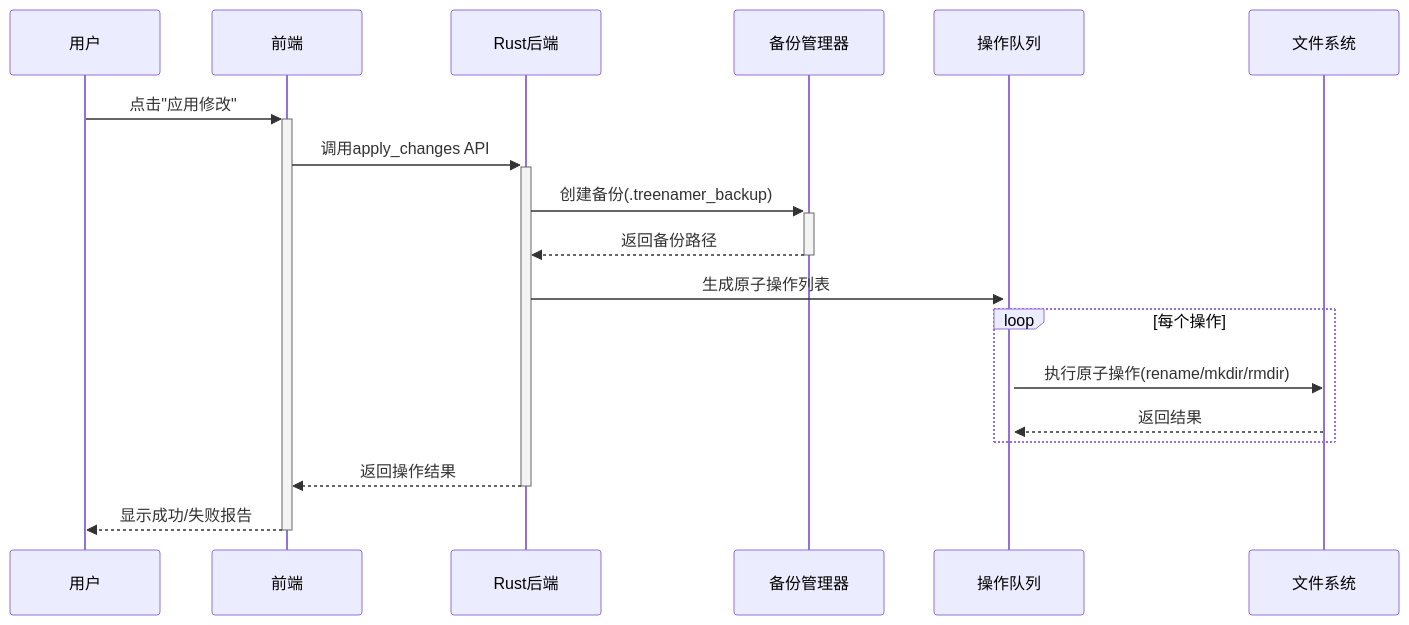
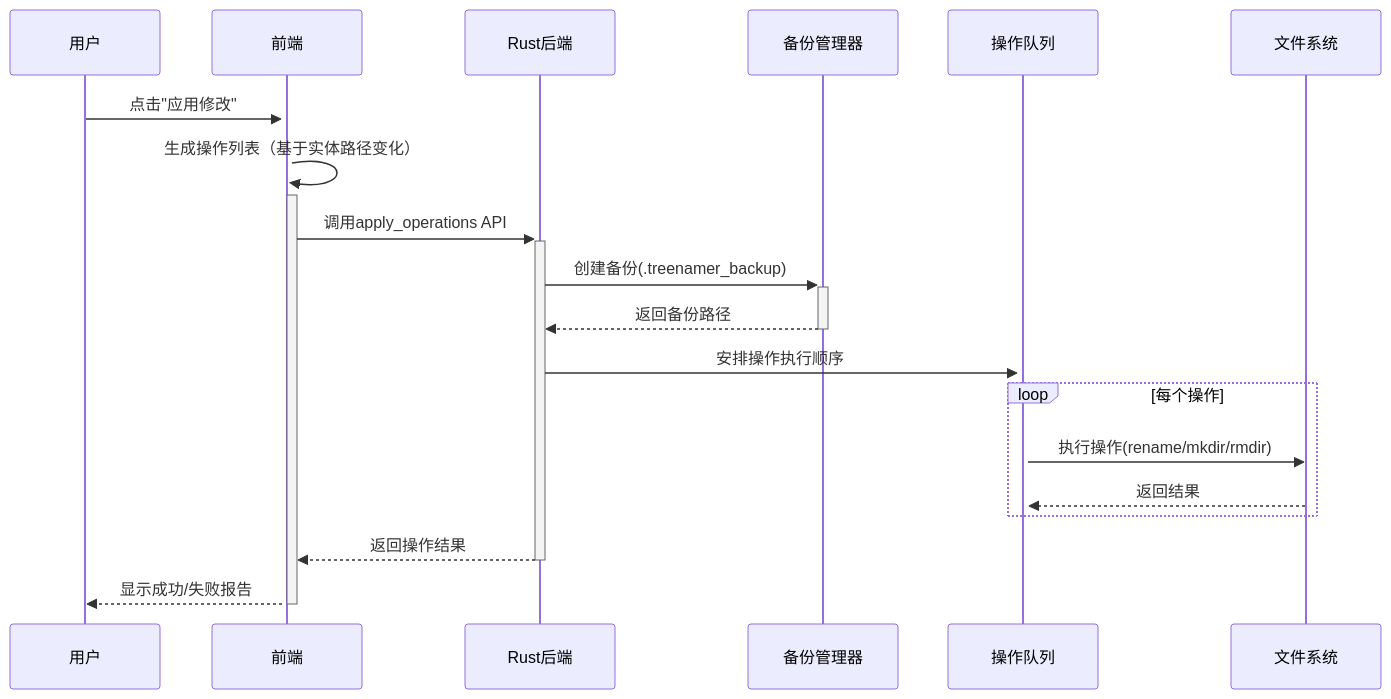
Before and after one commit to chess99/TreeNamer: the first of 3 diagrams in docs/Technical Solution Design.md, drawn with Mermaid. The commit also changed other lines of this file and 2 other files, not shown here.

Commit message:
update design docs, track rename by filesystem entity

````diff
--- a/docs/Technical Solution Design.md
+++ b/docs/Technical Solution Design.md
@@ -186,14 +225,15 @@
 ```mermaid
 sequenceDiagram
   用户->>+前端: 点击"应用修改"
-  前端->>+Rust后端: 调用apply_changes API
+  前端->>+前端: 生成操作列表（基于实体路径变化）
+  前端->>+Rust后端: 调用apply_operations API
   Rust后端->>+备份管理器: 创建备份(.treenamer_backup)
   备份管理器-->>-Rust后端: 返回备份路径
-  Rust后端->>+操作队列: 生成原子操作列表
+  Rust后端->>+操作队列: 安排操作执行顺序
   loop 每个操作
-    操作队列->>文件系统: 执行原子操作(rename/mkdir/rmdir)
+    操作队列->>文件系统: 执行操作(rename/mkdir/rmdir)
     文件系统-->>操作队列: 返回结果
   end
   Rust后端-->>-前端: 返回操作结果
   前端-->>-用户: 显示成功/失败报告
 ```
````
